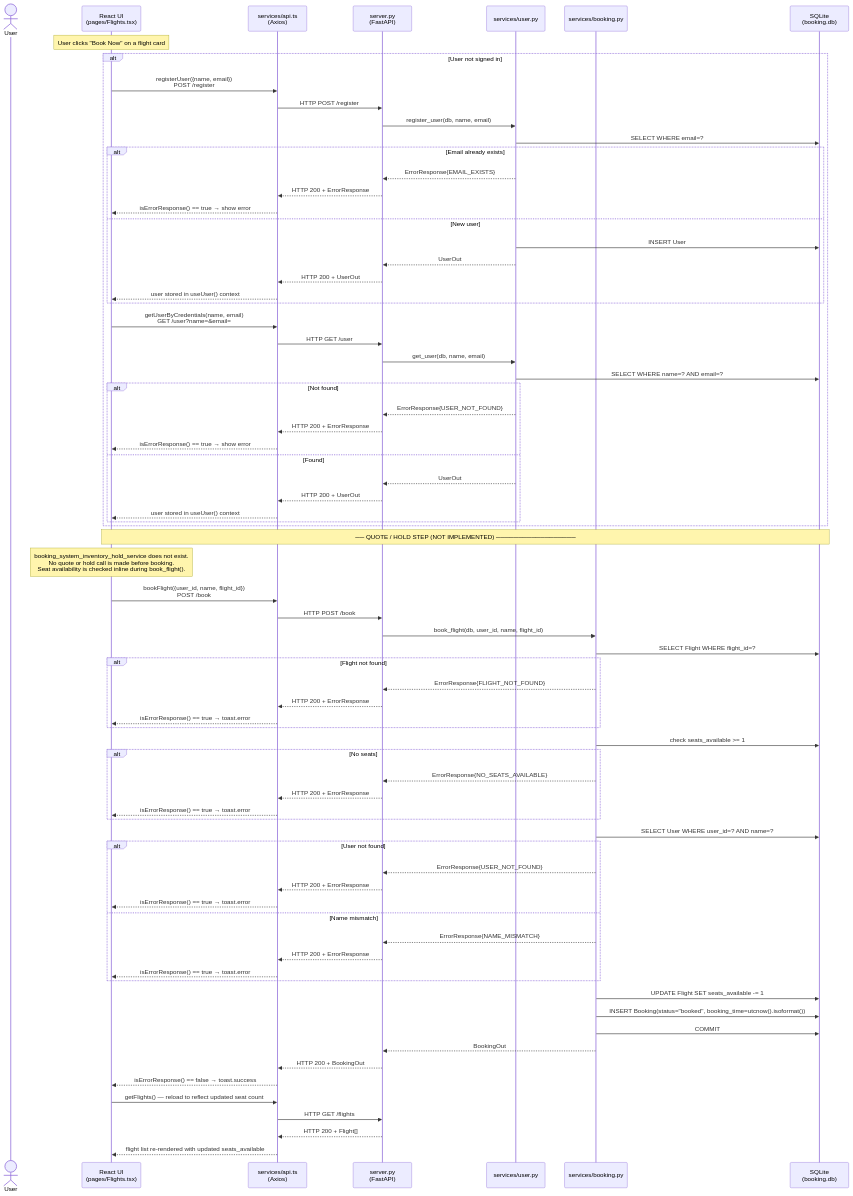
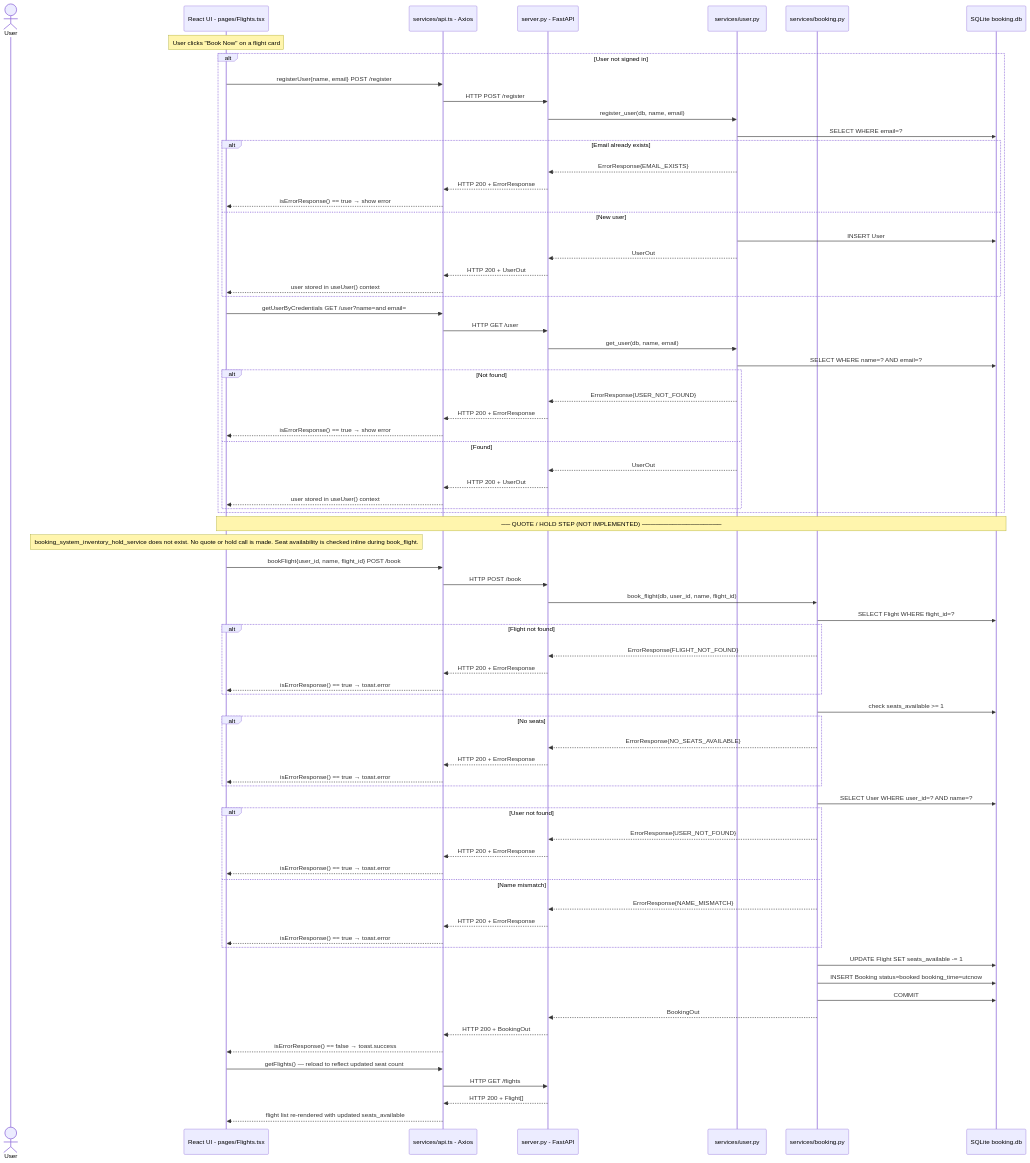
Before and after one commit to monojit21-automation/galaxium-travels: the diagram in docs/architecture/sequence-diagram.md, drawn with Mermaid. The commit also changed 11 other files, not shown here.

````diff
--- a/docs/architecture/sequence-diagram.md
+++ b/docs/architecture/sequence-diagram.md
@@ -8,22 +8,22 @@
 ```mermaid
 sequenceDiagram
     actor User
-    participant UI as React UI<br/>(pages/Flights.tsx)
-    participant ApiTs as services/api.ts<br/>(Axios)
-    participant REST as server.py<br/>(FastAPI)
+    participant UI as React UI - pages/Flights.tsx
+    participant ApiTs as services/api.ts - Axios
+    participant REST as server.py - FastAPI
     participant SvcUser as services/user.py
     participant SvcBooking as services/booking.py
-    participant DB as SQLite<br/>(booking.db)
+    participant DB as SQLite booking.db
 
     note over UI: User clicks "Book Now" on a flight card
 
     alt User not signed in
-        UI->>ApiTs: registerUser({name, email})<br/>POST /register
+        UI->>ApiTs: registerUser#lbrace;name, email#rbrace; POST /register
         ApiTs->>REST: HTTP POST /register
         REST->>SvcUser: register_user(db, name, email)
         SvcUser->>DB: SELECT WHERE email=?
         alt Email already exists
-            SvcUser-->>REST: ErrorResponse{EMAIL_EXISTS}
+            SvcUser-->>REST: ErrorResponse#lbrace;EMAIL_EXISTS#rbrace;
             REST-->>ApiTs: HTTP 200 + ErrorResponse
             ApiTs-->>UI: isErrorResponse() == true → show error
         else New user
@@ -33,12 +33,12 @@
             ApiTs-->>UI: user stored in useUser() context
         end
 
-        UI->>ApiTs: getUserByCredentials(name, email)<br/>GET /user?name=&email=
+        UI->>ApiTs: getUserByCredentials GET /user?name=and email=
         ApiTs->>REST: HTTP GET /user
         REST->>SvcUser: get_user(db, name, email)
         SvcUser->>DB: SELECT WHERE name=? AND email=?
         alt Not found
-            SvcUser-->>REST: ErrorResponse{USER_NOT_FOUND}
+            SvcUser-->>REST: ErrorResponse#lbrace;USER_NOT_FOUND#rbrace;
             REST-->>ApiTs: HTTP 200 + ErrorResponse
             ApiTs-->>UI: isErrorResponse() == true → show error
         else Found
@@ -49,39 +49,39 @@
     end
 
     note over UI,DB: ── QUOTE / HOLD STEP (NOT IMPLEMENTED) ──────────────────
-    note over UI: booking_system_inventory_hold_service does not exist.<br/>No quote or hold call is made before booking.<br/>Seat availability is checked inline during book_flight().
+    note over UI: booking_system_inventory_hold_service does not exist. No quote or hold call is made. Seat availability is checked inline during book_flight.
 
-    UI->>ApiTs: bookFlight({user_id, name, flight_id})<br/>POST /book
+    UI->>ApiTs: bookFlight#lbrace;user_id, name, flight_id#rbrace; POST /book
     ApiTs->>REST: HTTP POST /book
     REST->>SvcBooking: book_flight(db, user_id, name, flight_id)
 
     SvcBooking->>DB: SELECT Flight WHERE flight_id=?
     alt Flight not found
-        SvcBooking-->>REST: ErrorResponse{FLIGHT_NOT_FOUND}
+        SvcBooking-->>REST: ErrorResponse#lbrace;FLIGHT_NOT_FOUND#rbrace;
         REST-->>ApiTs: HTTP 200 + ErrorResponse
         ApiTs-->>UI: isErrorResponse() == true → toast.error
     end
 
     SvcBooking->>DB: check seats_available >= 1
     alt No seats
-        SvcBooking-->>REST: ErrorResponse{NO_SEATS_AVAILABLE}
+        SvcBooking-->>REST: ErrorResponse#lbrace;NO_SEATS_AVAILABLE#rbrace;
         REST-->>ApiTs: HTTP 200 + ErrorResponse
         ApiTs-->>UI: isErrorResponse() == true → toast.error
     end
 
     SvcBooking->>DB: SELECT User WHERE user_id=? AND name=?
     alt User not found
-        SvcBooking-->>REST: ErrorResponse{USER_NOT_FOUND}
+        SvcBooking-->>REST: ErrorResponse#lbrace;USER_NOT_FOUND#rbrace;
         REST-->>ApiTs: HTTP 200 + ErrorResponse
         ApiTs-->>UI: isErrorResponse() == true → toast.error
     else Name mismatch
-        SvcBooking-->>REST: ErrorResponse{NAME_MISMATCH}
+        SvcBooking-->>REST: ErrorResponse#lbrace;NAME_MISMATCH#rbrace;
         REST-->>ApiTs: HTTP 200 + ErrorResponse
         ApiTs-->>UI: isErrorResponse() == true → toast.error
     end
 
     SvcBooking->>DB: UPDATE Flight SET seats_available -= 1
-    SvcBooking->>DB: INSERT Booking(status="booked", booking_time=utcnow().isoformat())
+    SvcBooking->>DB: INSERT Booking status=booked booking_time=utcnow
     SvcBooking->>DB: COMMIT
     SvcBooking-->>REST: BookingOut
     REST-->>ApiTs: HTTP 200 + BookingOut
````
